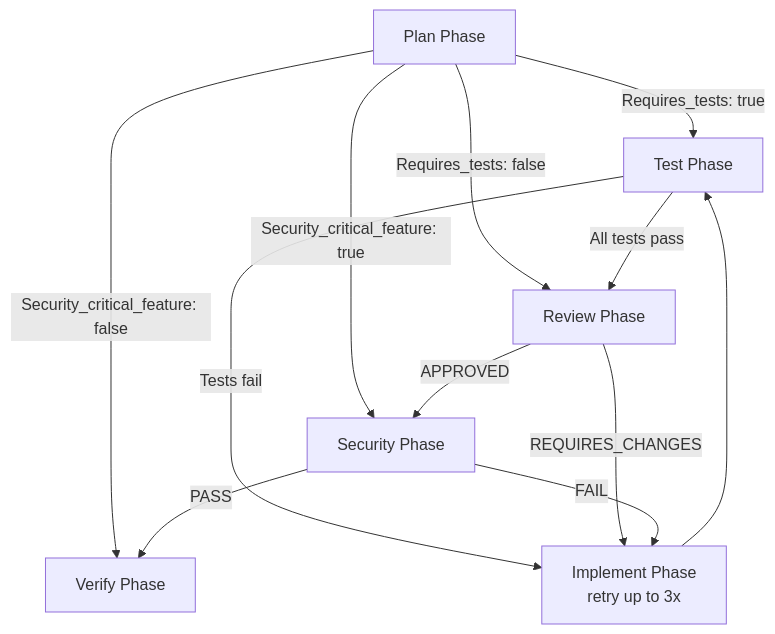
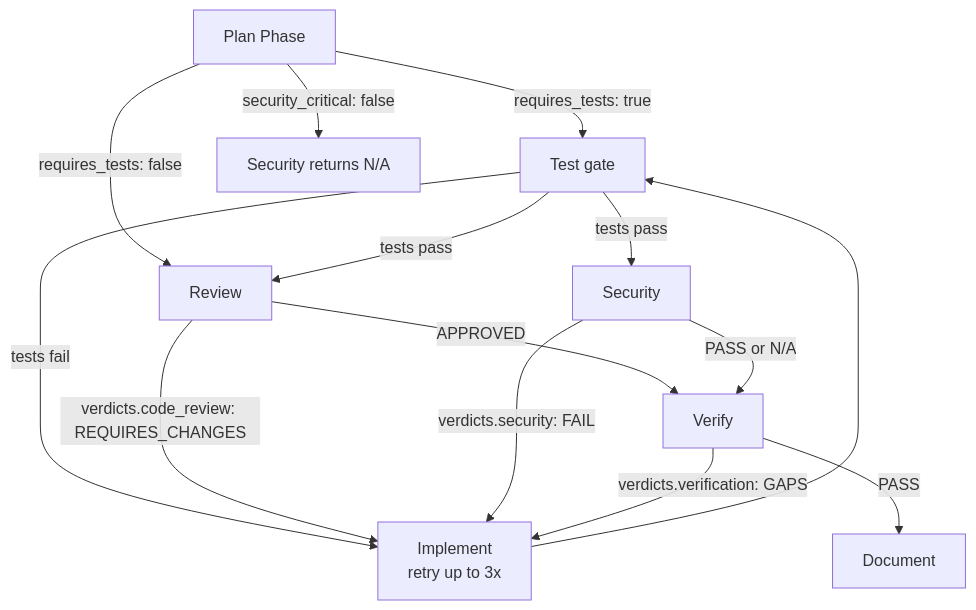
One commit to wildbitca/ai-resources changed diagram 12 of 13 in docs/orchestration.md. Above: the diagram before and after it, drawn with Mermaid. The commit also changed other lines of this file and 27 other files, not shown here.

````diff
--- a/docs/orchestration.md
+++ b/docs/orchestration.md
@@ -313,17 +367,19 @@
 ```mermaid
 graph TB
-    PL[Plan Phase] -->|Requires_tests: true| TE[Test Phase]
-    PL -->|Requires_tests: false| RE[Review Phase]
-    PL -->|Security_critical_feature: true| SE[Security Phase]
-    PL -->|Security_critical_feature: false| VE[Verify Phase]
+    PL[Plan Phase] -->|requires_tests: true| TE[Test gate]
+    PL -->|requires_tests: false| RE[Review]
+    PL -->|security_critical: false| SKIP[Security returns N/A]
 
-    TE -->|All tests pass| RE
-    TE -->|Tests fail| IM[Implement Phase<br/>retry up to 3x]
+    TE -->|tests pass| RE
+    TE -->|tests pass| SE[Security]
+    TE -->|tests fail| IM[Implement<br/>retry up to 3x]
     IM --> TE
 
-    RE -->|APPROVED| SE
-    RE -->|REQUIRES_CHANGES| IM
+    RE -->|verdicts.code_review: REQUIRES_CHANGES| IM
+    SE -->|verdicts.security: FAIL| IM
+    RE -->|APPROVED| VE[Verify]
+    SE -->|PASS or N/A| VE
 
-    SE -->|PASS| VE
-    SE -->|FAIL| IM
+    VE -->|verdicts.verification: GAPS| IM
+    VE -->|PASS| DOC[Document]
 ```
````
